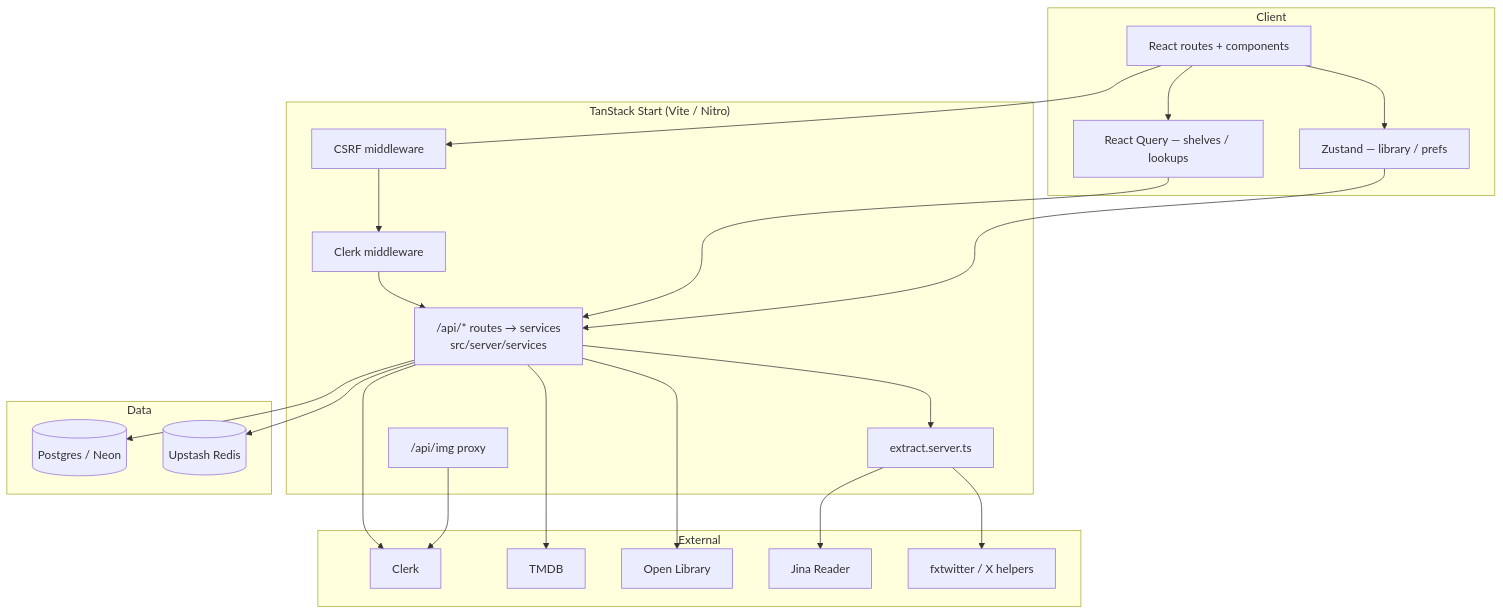
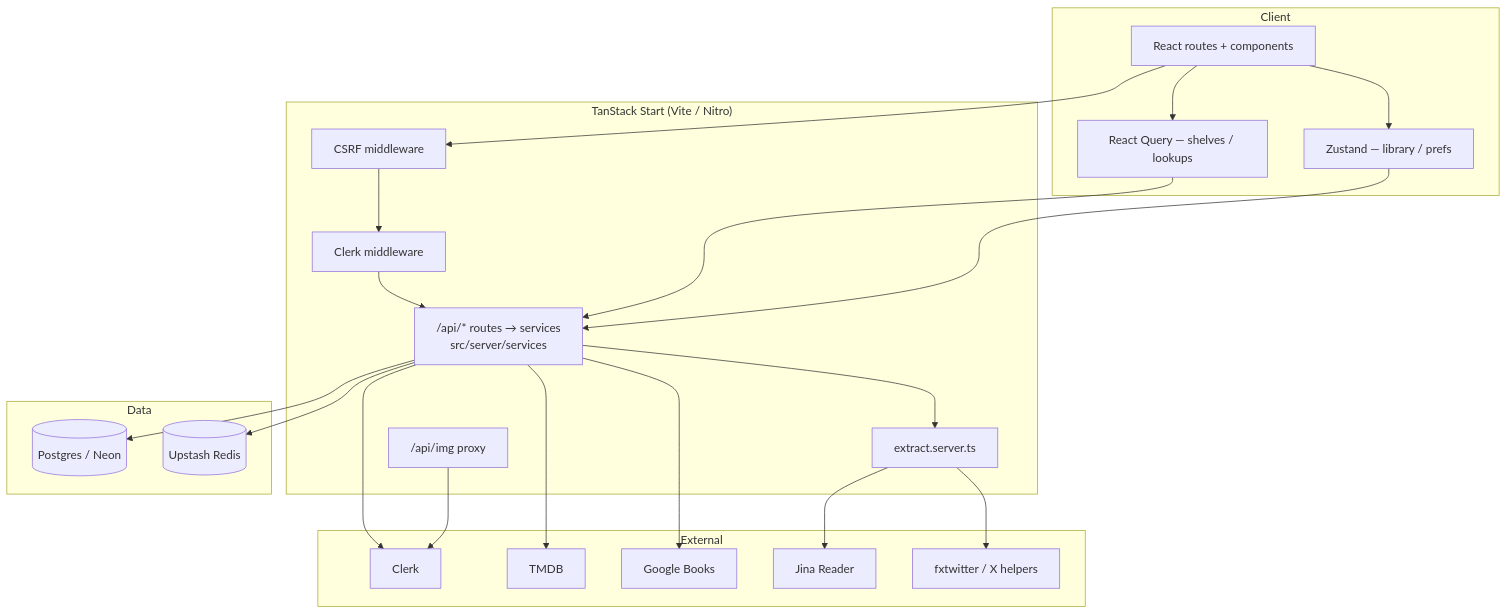
The first of 9 diagrams in docs/ARCHITECTURE.md (SahilFruitwala/kami), drawn with Mermaid before and after one commit. The commit also changed other lines of this file and 19 other files, not shown here.

First line of the commit message:
Use Google Books as the primary book lookup

````diff
--- a/docs/ARCHITECTURE.md
+++ b/docs/ARCHITECTURE.md
@@ -26,44 +26,44 @@
 ```mermaid
 flowchart TB
   subgraph Client
     UI[React routes + components]
     Z[Zustand — library / prefs]
     RQ[React Query — shelves / lookups]
   end
 
   subgraph Start["TanStack Start (Vite / Nitro)"]
     CSRF[CSRF middleware]
     ClerkMW[Clerk middleware]
     SFNs["/api/* routes → services<br/>src/server/services"]
     Extract[extract.server.ts]
     Img["/api/img proxy"]
   end
 
   subgraph Data
     PG[(Postgres / Neon)]
     Redis[(Upstash Redis)]
   end
 
   subgraph External
     Clerk[Clerk]
     TMDB[TMDB]
-    OL[Open Library]
+    GB[Google Books]
     Jina[Jina Reader]
     FX[fxtwitter / X helpers]
   end
 
   UI --> Z
   UI --> RQ
   UI --> CSRF --> ClerkMW --> SFNs
   SFNs --> PG
   SFNs --> Redis
   SFNs --> Extract
   Extract --> Jina
   Extract --> FX
   RQ --> SFNs
   Z --> SFNs
   SFNs --> Clerk
   SFNs --> TMDB
-  SFNs --> OL
+  SFNs --> GB
   Img --> Clerk
 ```
````
